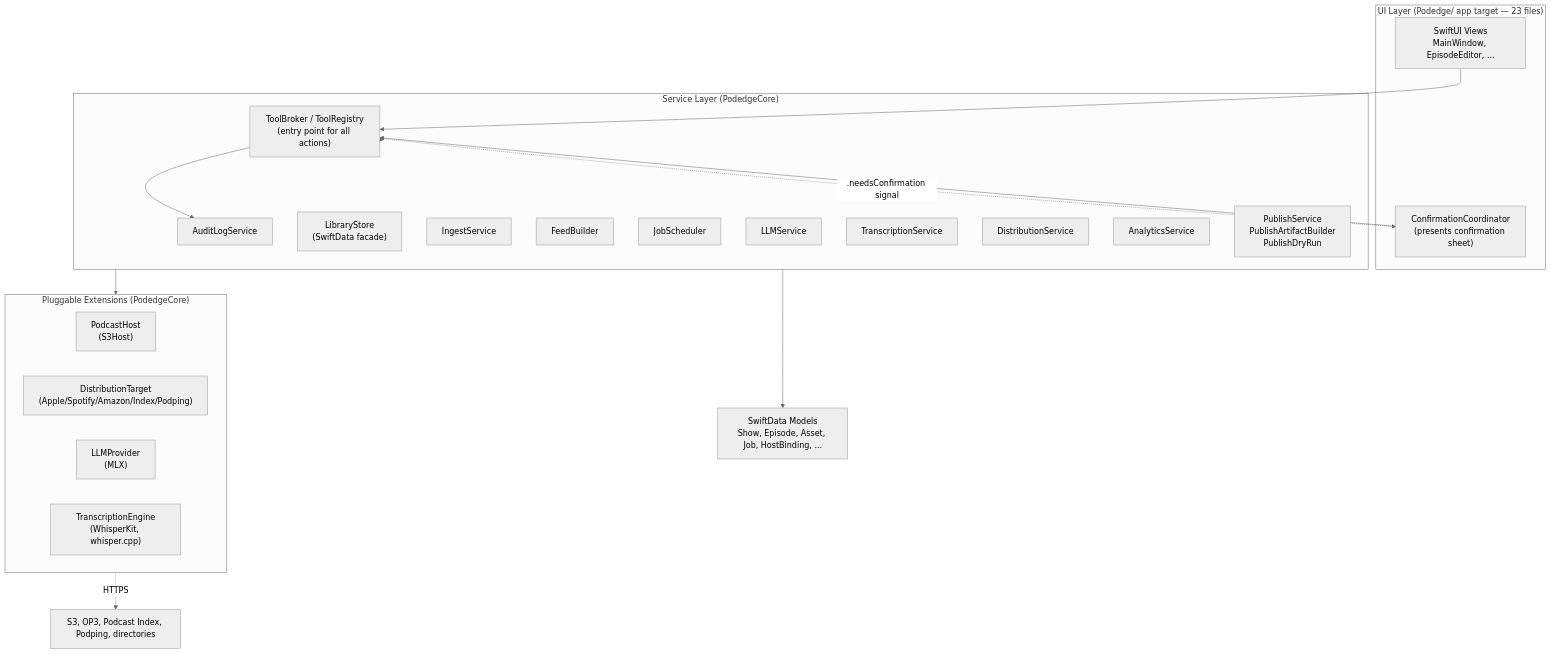
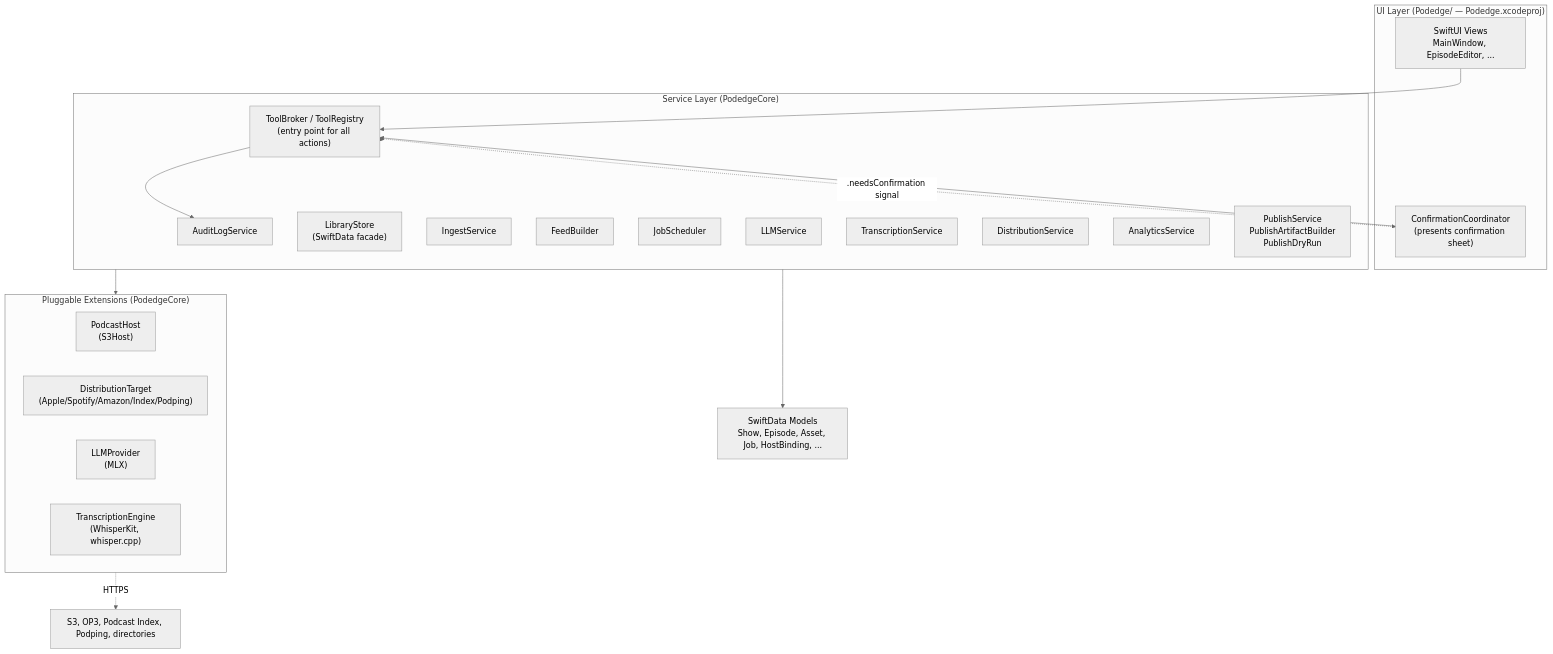
Before and after one commit to rjourdan/podedge: the first of 2 diagrams in docs/dev/mental-model.md, drawn with Mermaid (neutral theme). The commit also changed other lines of this file and 35 other files, not shown here.

````diff
--- a/docs/dev/mental-model.md
+++ b/docs/dev/mental-model.md
@@ -30,36 +31,36 @@
 ```mermaid
 flowchart TB
-    subgraph UI["UI Layer (Podedge/ app target — 23 files)"]
+    subgraph UI["UI Layer (Podedge/ — Podedge.xcodeproj)"]
         Views["SwiftUI Views<br/>MainWindow, EpisodeEditor, ..."]
         Confirm["ConfirmationCoordinator<br/>(presents confirmation sheet)"]
     end
     subgraph Services["Service Layer (PodedgeCore)"]
         Broker["ToolBroker / ToolRegistry<br/>(entry point for all actions)"]
         Audit["AuditLogService"]
         Library["LibraryStore<br/>(SwiftData facade)"]
         Ingest["IngestService"]
         Feed["FeedBuilder"]
         Jobs["JobScheduler"]
         LLM["LLMService"]
         Trans["TranscriptionService"]
         Dist["DistributionService"]
         Anal["AnalyticsService"]
         Publish["PublishService<br/>PublishArtifactBuilder<br/>PublishDryRun"]
     end
     subgraph Ext["Pluggable Extensions (PodedgeCore)"]
         Hosts["PodcastHost<br/>(S3Host)"]
         Targets["DistributionTarget<br/>(Apple/Spotify/Amazon/Index/Podping)"]
         LLMs["LLMProvider<br/>(MLX)"]
         Engines["TranscriptionEngine<br/>(WhisperKit, whisper.cpp)"]
     end
     Models["SwiftData Models<br/>Show, Episode, Asset, Job, HostBinding, ..."]
 
     Views --> Broker
     Broker -. ".needsConfirmation signal" .-> Confirm
     Confirm --> Broker
     Broker --> Audit
     Broker --> Services
     Services --> Models
     Services --> Ext
     Ext -.->|HTTPS| World["S3, OP3, Podcast Index, Podping, directories"]
 ```
````
